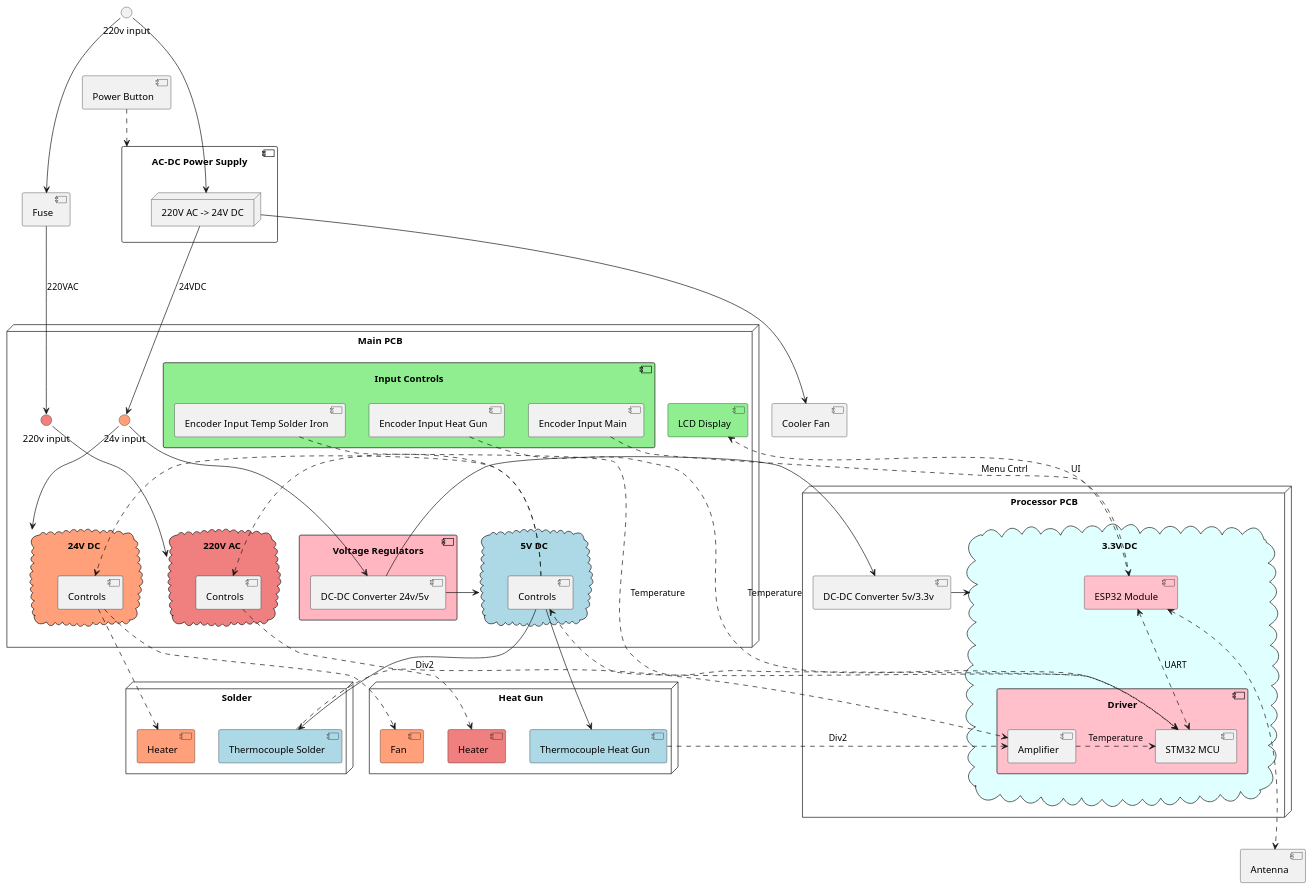
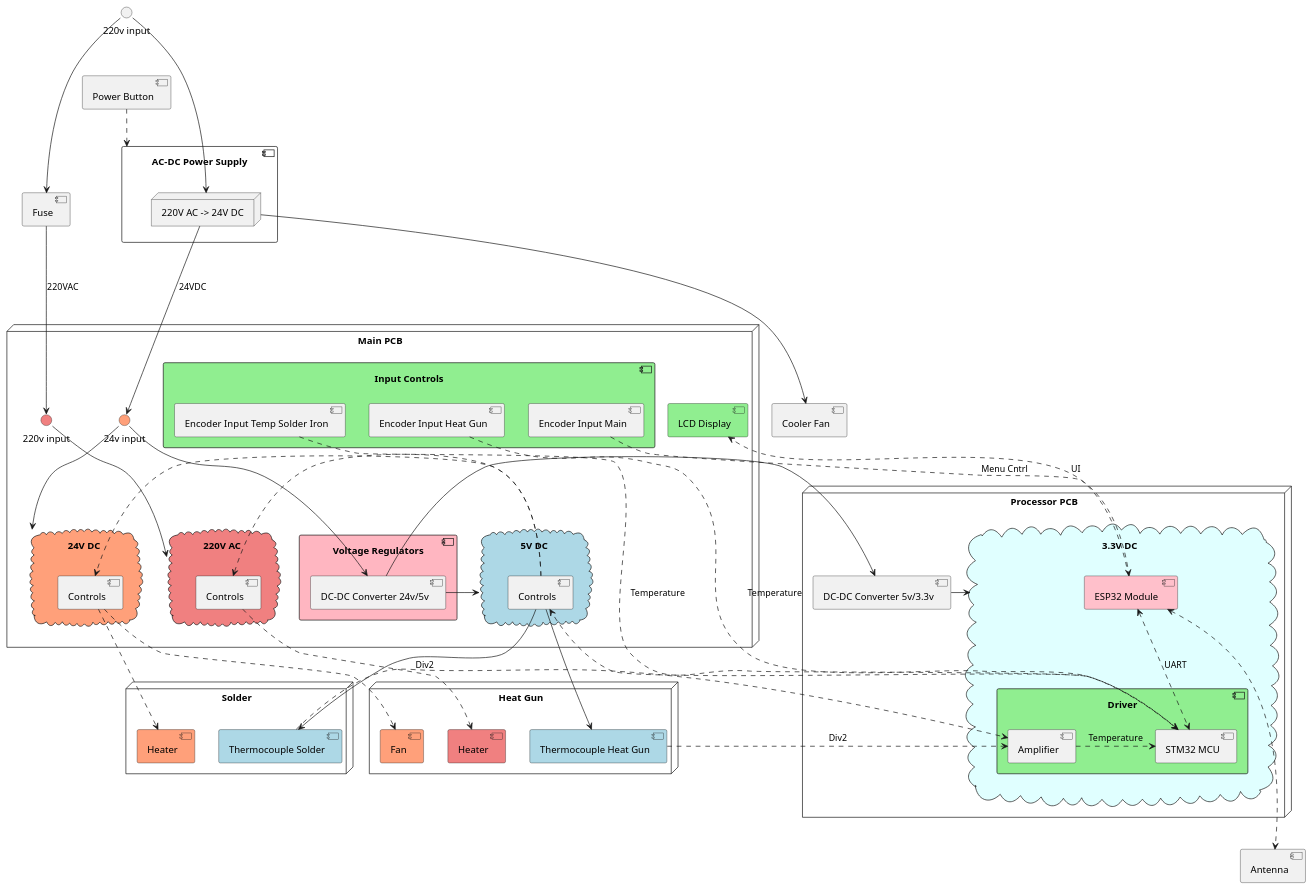
The diagram in doc/device_structure.puml (keyfour/Phixilab-Soldering-Station), drawn with PlantUML before and after one commit. The commit also changed 7 other files, not shown here.

```diff
--- a/doc/device_structure.puml
+++ b/doc/device_structure.puml
@@ -1,112 +1,112 @@
 @startuml
 
 component "AC-DC Power Supply" as power {
     node "220V AC -> 24V DC" as powers
 }
 
 component "Fuse" as fuse
 
 interface "220v input" as pinput
 
 pinput ---> powers
 
 component "Cooler Fan" as cooller
 component "Antenna" as antenna
 component "Power Button" as button
 
 node "Solder" as solder {
     component "Thermocouple Solder" as thcSolder #LightBlue
     component "Heater" as hSolder #LightSalmon
 }
 
 node "Heat Gun" as gun {
     component "Thermocouple Heat Gun" as thcHeat #LightBlue
     component "Heater" as hHeat #LightCoral
     component "Fan" as fHeat #LightSalmon
 }
 
 node "Main PCB" as interfaces {
 
     interface "24v input" as vinput24 #LightSalmon
     interface "220v input" as vinput220 #LightCoral
 
     component "Voltage Regulators" #LightPink {
 
         component "DC-DC Converter 24v/5v" as converter5
     }
 
     component "Input Controls" as controls #LightGreen {
         component "Encoder Input Temp Solder Iron" as inputTemp
         component "Encoder Input Heat Gun" as inputHeat
         component "Encoder Input Main" as inputMain
     }
 
     component "LCD Display" as display #LightGreen
 
 
     cloud "220V AC" as hvdomain #LightCoral  {
         component "Controls" as hvctrls
     }
 
     cloud "24V DC"  as mvdomain #LightSalmon {
         component "Controls" as mvctrls
     }
     cloud "5V DC" as lvdomain2 #LightBlue {
         component "Controls" as lvctrls
     }
 
     converter5 -> lvdomain2
 
     vinput220 --> hvdomain
     vinput24 --> mvdomain
     vinput24 -d-> converter5
 
     mvctrls ..> hSolder
     mvctrls ..> fHeat
     hvctrls ..> hHeat
 }
 
 node "Processor PCB" as processor {
     cloud "3.3V DC" as lvdomain #LightCyan {
 
         component "ESP32 Module " as mcu #Pink
-        component "Driver" as mcud #Pink {
+        component "Driver" as mcud #LightGreen {
             component "STM32 MCU" as driver
             component "Amplifier" as amp
         }
 
     }
     component "DC-DC Converter 5v/3.3v" as converter3
     converter5 -r-> converter3
     converter3 -r-> lvdomain
     mcu <..> driver : UART
 
     lvctrls .> mvctrls
     lvctrls .> hvctrls
 
     amp .> driver : Temperature
 
     mcu ..> display : UI
 
     inputMain .> mcu : Menu Cntrl
     inputTemp .> driver : Temperature
     inputHeat .> driver : Temperature
     driver ..> lvctrls
 }
 
 powers ---> vinput24 : 24VDC
 powers ---> cooller
 pinput ---> fuse
 fuse ---> vinput220 : 220VAC
 
 thcSolder ..> amp : Div2
 thcHeat ..> amp : Div2
 
 lvctrls ---> thcHeat
 lvctrls ---> thcSolder
 
 mcu <...> antenna
 
 button ..> power
 
 @enduml
```
